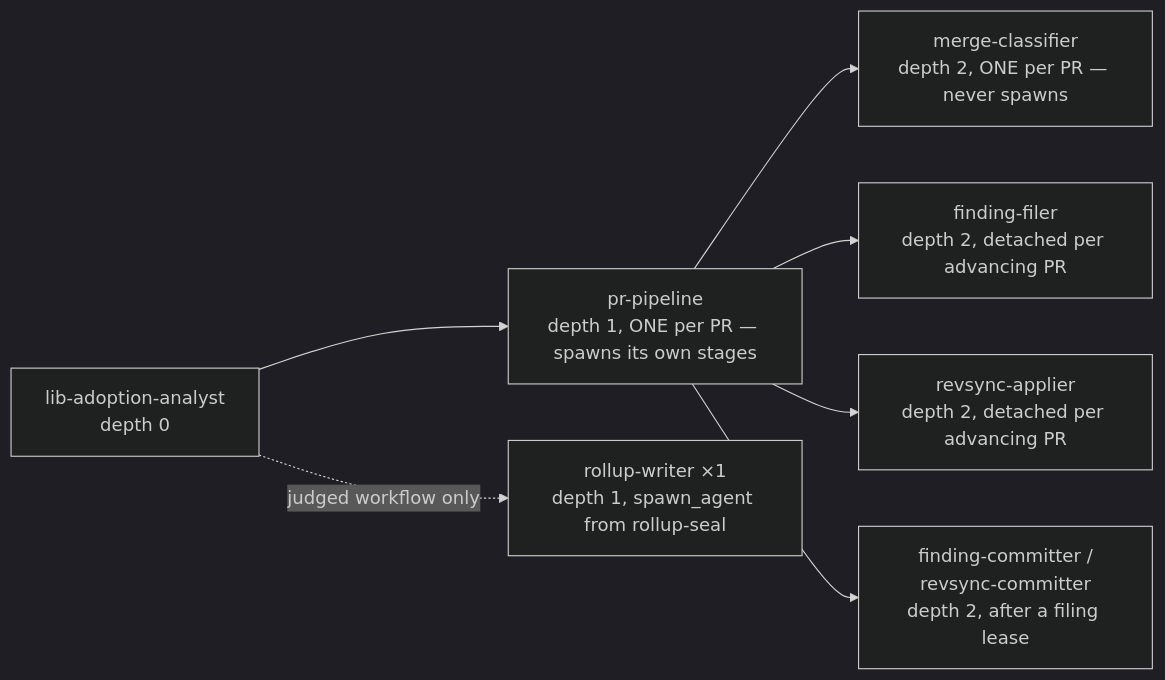
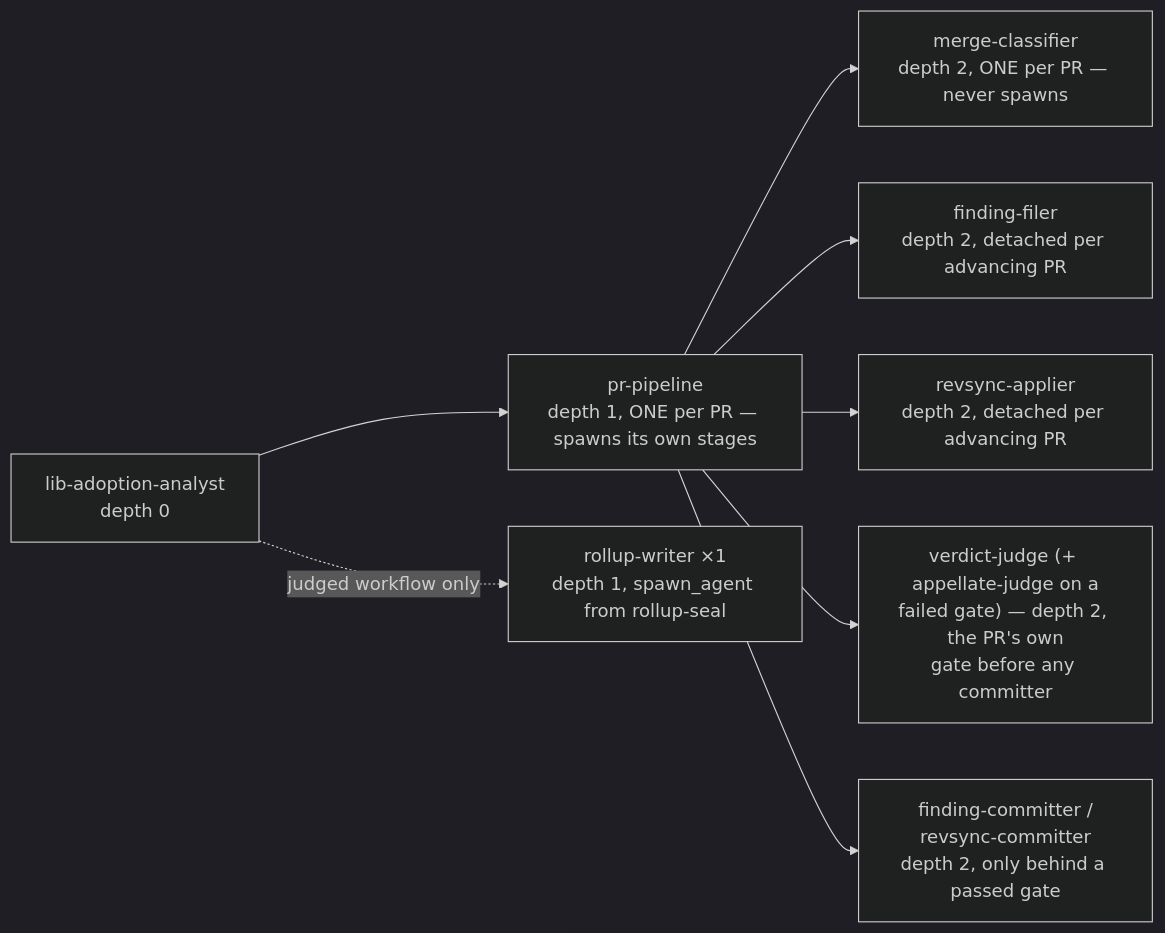
Before and after one commit to ahmedhosnypro/craft-libs-adoption: the fourth of 12 diagrams in docs/workflow-diagrams.md, drawn with Mermaid (dark theme). The commit also changed other lines of this file and 3 other files, not shown here.

````diff
--- a/docs/workflow-diagrams.md
+++ b/docs/workflow-diagrams.md
@@ -123,9 +123,10 @@
 ```mermaid
 flowchart LR
     O["lib-adoption-analyst<br/>depth 0"] --> PL["pr-pipeline<br/>depth 1, ONE per PR — spawns its own stages"]
     PL --> M["merge-classifier<br/>depth 2, ONE per PR — never spawns"]
     PL --> F["finding-filer<br/>depth 2, detached per advancing PR"]
     PL --> A["revsync-applier<br/>depth 2, detached per advancing PR"]
-    PL --> C["finding-committer /<br/>revsync-committer<br/>depth 2, after a filing lease"]
+    PL --> J["verdict-judge (+ appellate-judge on a<br/>failed gate) — depth 2, the PR's own<br/>gate before any committer"]
+    PL --> C["finding-committer /<br/>revsync-committer<br/>depth 2, only behind a passed gate"]
     O -.->|"judged workflow only"| RS["rollup-writer ×1<br/>depth 1, spawn_agent from rollup-seal"]
 ```
````
